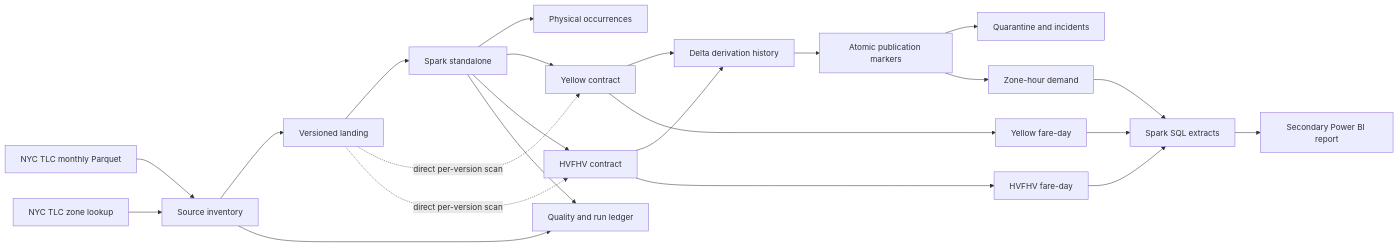
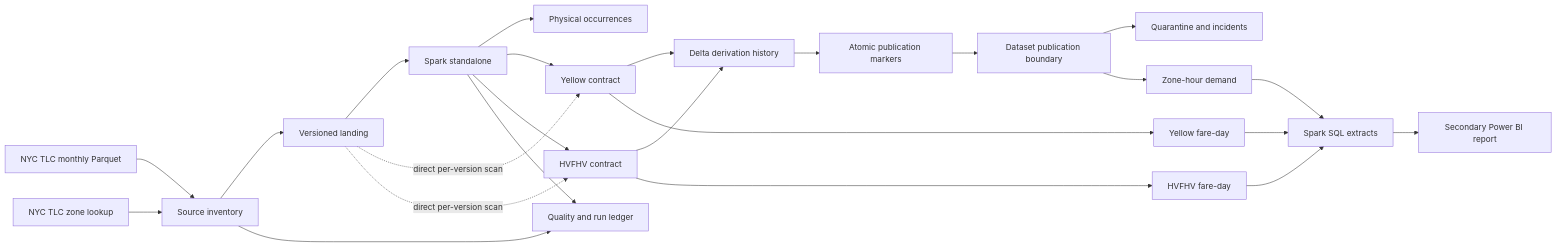
One commit to alpastorvillar-design/fareline changed the diagram in docs/architecture.md. Above: the diagram before and after it, drawn with Mermaid. The commit also changed other lines of this file and 16 other files, not shown here.

````diff
--- a/docs/architecture.md
+++ b/docs/architecture.md
@@ -9,25 +9,26 @@
 ```mermaid
 flowchart LR
     A[NYC TLC monthly Parquet] --> B[Source inventory]
     Z[NYC TLC zone lookup] --> B
     B --> C[Versioned landing]
     C --> D[Spark standalone]
     D --> E[Physical occurrences]
     D --> F[Yellow contract]
     D --> G[HVFHV contract]
     C -. direct per-version scan .-> F
     C -. direct per-version scan .-> G
     F --> T[Delta derivation history]
     G --> T
     T --> P[Atomic publication markers]
-    P --> Q[Quarantine and incidents]
-    P --> H[Zone-hour demand]
+    P --> N[Dataset publication boundary]
+    N --> Q[Quarantine and incidents]
+    N --> H[Zone-hour demand]
     F --> I[Yellow fare-day]
     G --> J[HVFHV fare-day]
     B --> K[Quality and run ledger]
     D --> K
     H --> L[Spark SQL extracts]
     I --> L
     J --> L
     L --> M[Secondary Power BI report]
 ```
````
